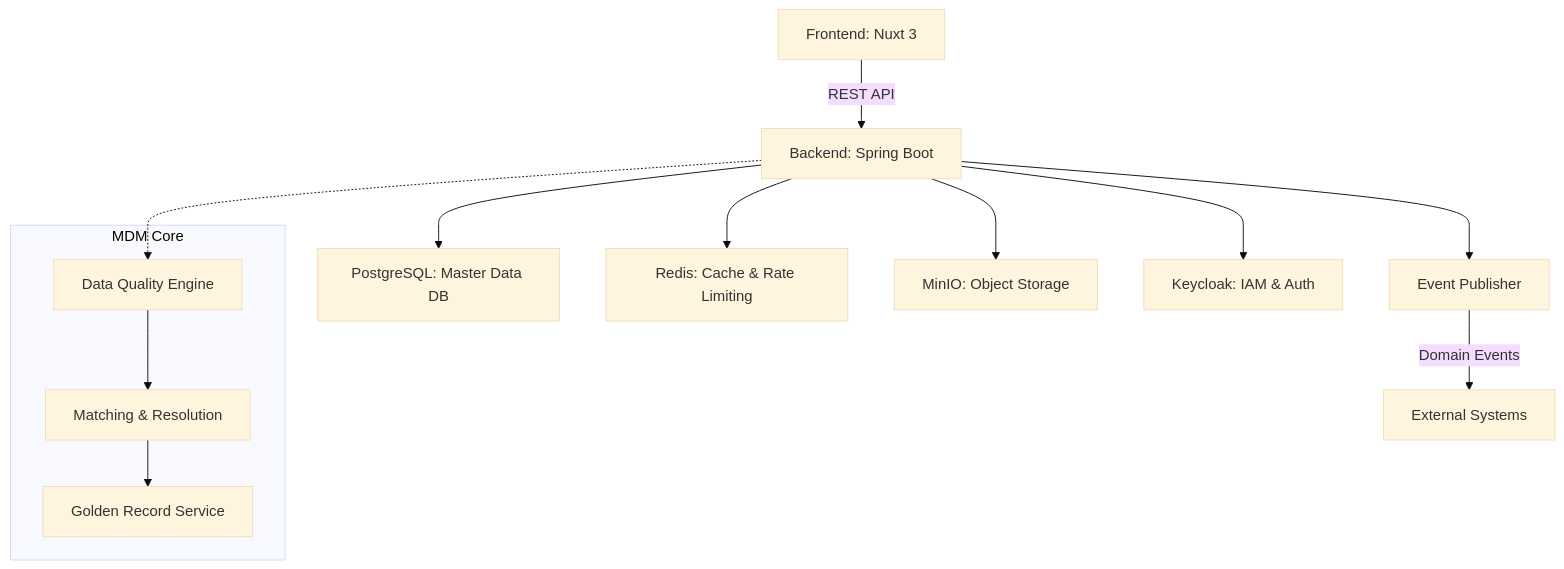
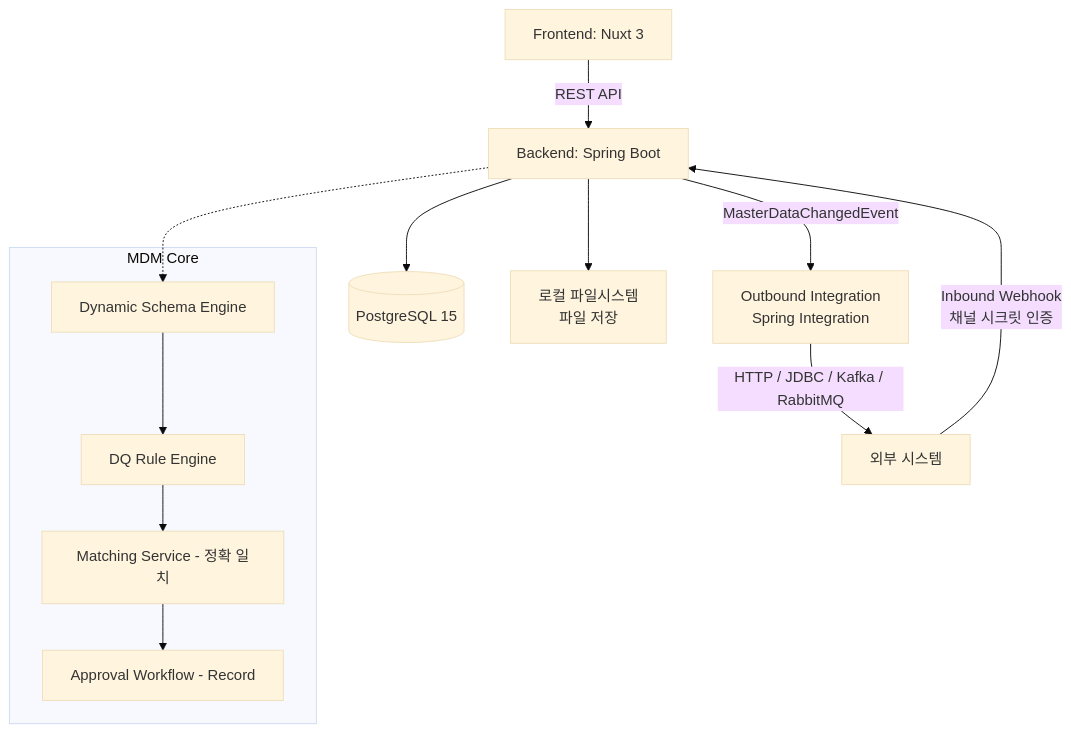
Before and after one commit to profavor-ai/mplatform: the diagram in README.md, drawn with Mermaid (base theme). The commit also changed other lines of this file, not shown here.

````diff
--- a/README.md
+++ b/README.md
@@ -12,18 +14,18 @@
 ```mermaid
 graph TD
     A[Frontend: Nuxt 3] -->|REST API| B[Backend: Spring Boot]
-    B --> C[PostgreSQL: Master Data DB]
-    B --> D[Redis: Cache & Rate Limiting]
-    B --> M[MinIO: Object Storage]
-    B --> K[Keycloak: IAM & Auth]
-    B --> E[Event Publisher]
-    E -->|Domain Events| F[External Systems]
-    
+    B --> C[(PostgreSQL 15)]
+    B --> FS[로컬 파일시스템<br/>파일 저장]
+    EXT[외부 시스템] -->|Inbound Webhook<br/>채널 시크릿 인증| B
+    B -->|MasterDataChangedEvent| OUT[Outbound Integration<br/>Spring Integration]
+    OUT -->|HTTP / JDBC / Kafka / RabbitMQ| EXT
+
     subgraph MDM Core
-        B1[Data Quality Engine]
-        B2[Matching & Resolution]
-        B3[Golden Record Service]
-        B1 --> B2 --> B3
+        S1[Dynamic Schema Engine]
+        S2[DQ Rule Engine]
+        S3[Matching Service - 정확 일치]
+        S4[Approval Workflow - Record]
+        S1 --> S2 --> S3 --> S4
     end
-    B -.-> B1
+    B -.-> S1
 ```
````
